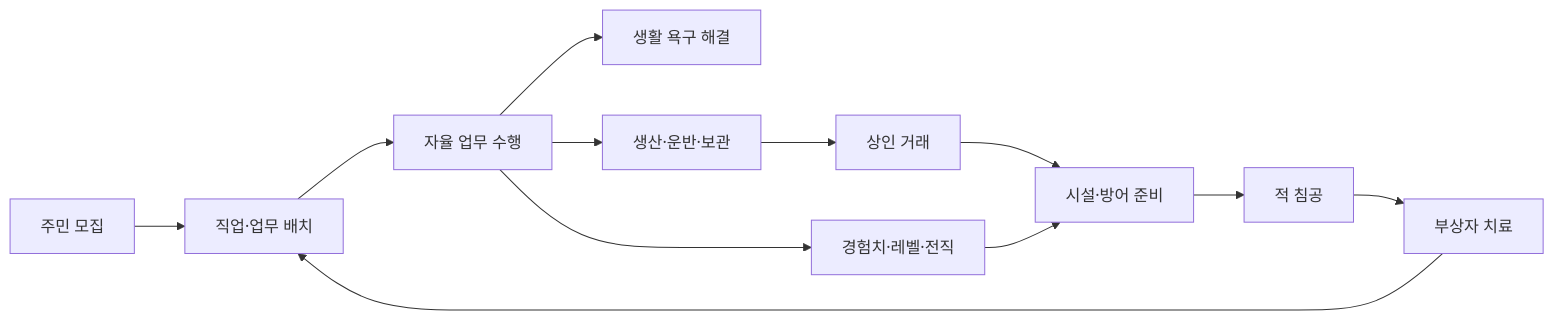
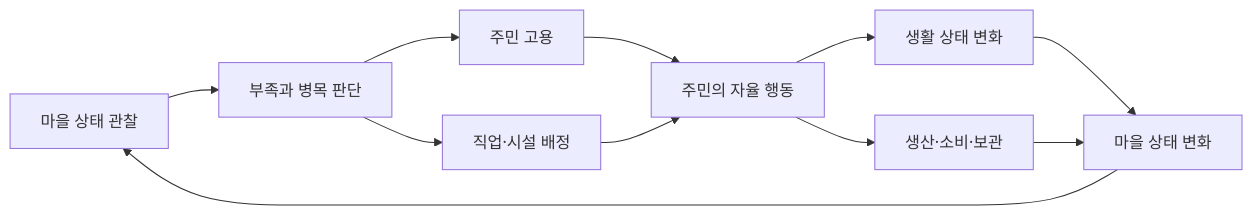
One commit to Merkatte/NPC_2D_Private changed the diagram in PublicMD/Game_Plan.md. Above: the diagram before and after it, drawn with Mermaid. The commit also changed other lines of this file and 39 other files, not shown here.

````diff
--- a/PublicMD/Game_Plan.md
+++ b/PublicMD/Game_Plan.md
@@ -70,14 +104,13 @@
 ```mermaid
 flowchart LR
-    Recruit[주민 모집] --> Assign[직업·업무 배치]
-    Assign --> Work[자율 업무 수행]
-    Work --> Needs[생활 욕구 해결]
-    Work --> Produce[생산·운반·보관]
-    Produce --> Trade[상인 거래]
-    Work --> Growth[경험치·레벨·전직]
-    Trade --> Prepare[시설·방어 준비]
-    Growth --> Prepare
-    Prepare --> Raid[적 침공]
-    Raid --> Heal[부상자 치료]
-    Heal --> Assign
+    Observe[마을 상태 관찰] --> Decide[부족과 병목 판단]
+    Decide --> Recruit[주민 고용]
+    Decide --> Assign[직업·시설 배정]
+    Recruit --> Act[주민의 자율 행동]
+    Assign --> Act
+    Act --> Needs[생활 상태 변화]
+    Act --> Produce[생산·소비·보관]
+    Needs --> Result[마을 상태 변화]
+    Produce --> Result
+    Result --> Observe
 ```
````
